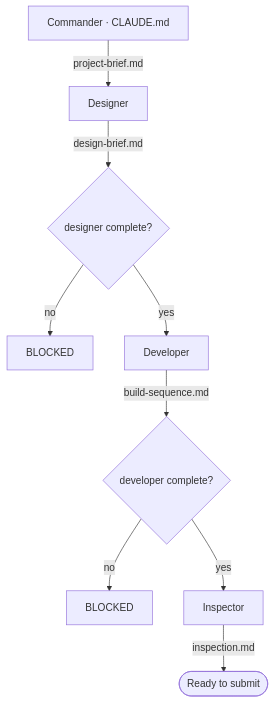
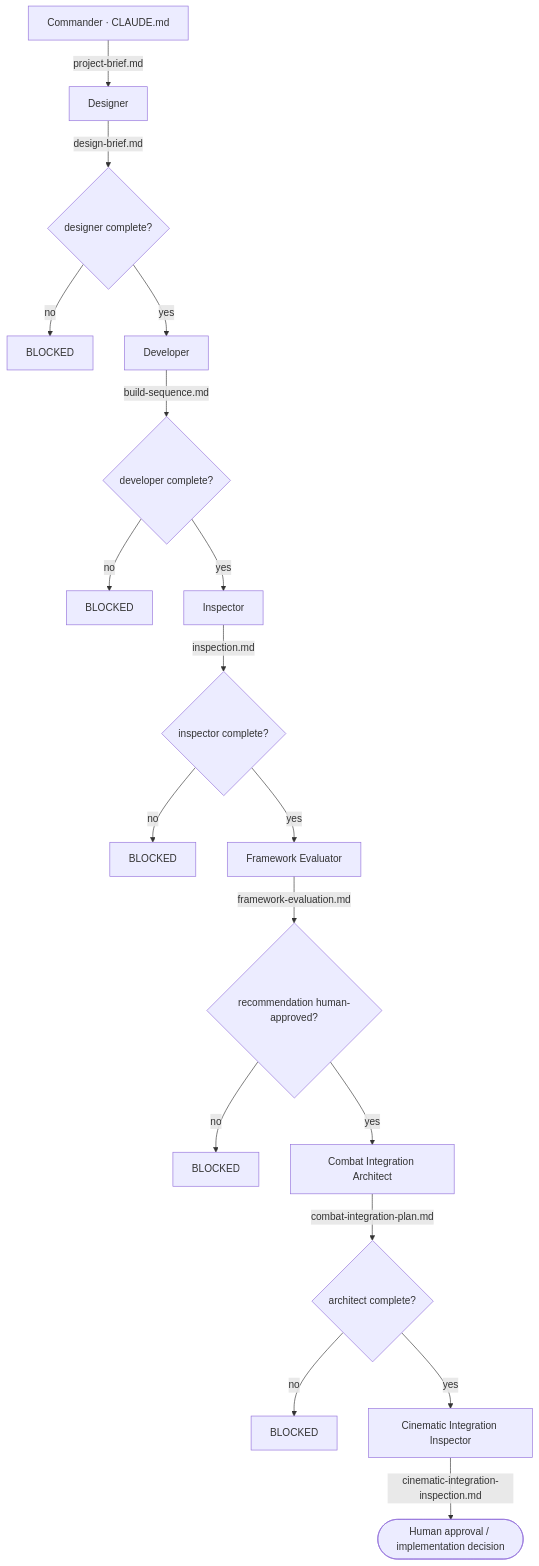
The diagram in CLAUDE.md (AthetosTrace/fight-game), drawn with Mermaid before and after one commit. The commit also changed 1 other file, not shown here.

Commit message:
Document the full Ascendant Impact six-agent pipeline

````diff
--- a/CLAUDE.md
+++ b/CLAUDE.md
@@ -190,11 +190,20 @@
 ```mermaid
 flowchart TD
     C[Commander · CLAUDE.md] -->|project-brief.md| D[Designer]
     D -->|design-brief.md| G1{designer complete?}
     G1 -->|no| X1[BLOCKED]
     G1 -->|yes| V[Developer]
     V -->|build-sequence.md| G2{developer complete?}
     G2 -->|no| X2[BLOCKED]
     G2 -->|yes| I[Inspector]
-    I -->|inspection.md| Z([Ready to submit])
+    I -->|inspection.md| G3{inspector complete?}
+    G3 -->|no| X3[BLOCKED]
+    G3 -->|yes| F[Framework Evaluator]
+    F -->|framework-evaluation.md| G4{recommendation human-approved?}
+    G4 -->|no| X4[BLOCKED]
+    G4 -->|yes| A[Combat Integration Architect]
+    A -->|combat-integration-plan.md| G5{architect complete?}
+    G5 -->|no| X5[BLOCKED]
+    G5 -->|yes| CI[Cinematic Integration Inspector]
+    CI -->|cinematic-integration-inspection.md| H([Human approval / implementation decision])
 ```
````
